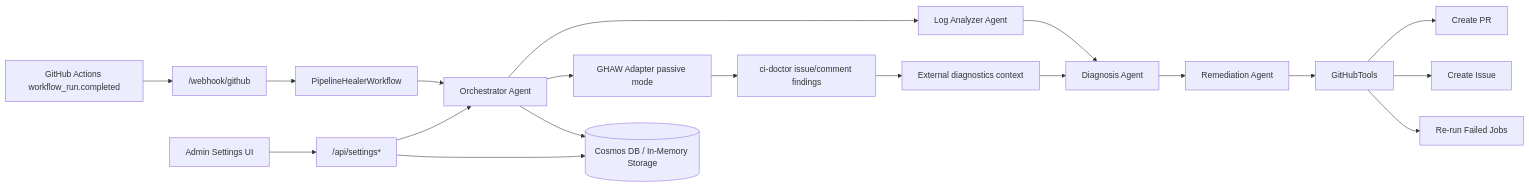
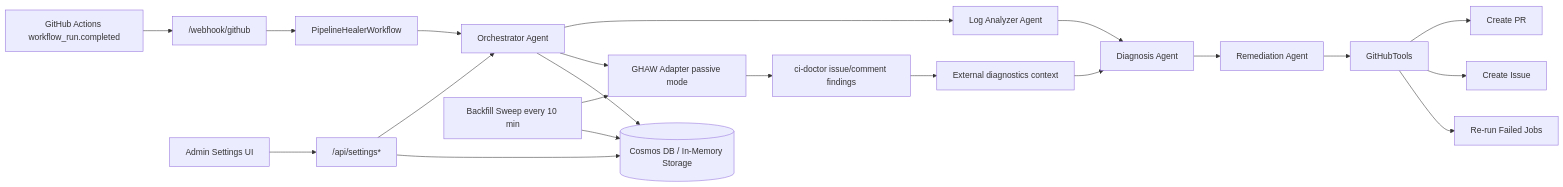
Before and after one commit to Canepro/pipelinehealer: the diagram in README.md, drawn with Mermaid. The commit also changed other lines of this file and 5 other files, not shown here.

````diff
--- a/README.md
+++ b/README.md
@@ -162,21 +163,23 @@
 ```mermaid
 flowchart LR
     GH[GitHub Actions workflow_run.completed] --> WH["/webhook/github"]
     WH --> WF[PipelineHealerWorkflow]
     WF --> OR[Orchestrator Agent]
     OR --> LA[Log Analyzer Agent]
     LA --> DG[Diagnosis Agent]
     DG --> RM[Remediation Agent]
     RM --> GT[GitHubTools]
     GT --> PR[Create PR]
     GT --> IS[Create Issue]
     GT --> RR[Re-run Failed Jobs]
     OR --> ADP[GHAW Adapter passive mode]
     ADP --> CD[ci-doctor issue/comment findings]
     CD --> EXT[External diagnostics context]
     EXT --> DG
+    BF[Backfill Sweep every 10 min] --> ADP
+    BF --> ST
     OR --> ST[(Cosmos DB / In-Memory Storage)]
     UI[Admin Settings UI] --> API["/api/settings*"]
     API --> OR
     API --> ST
 ```
````
